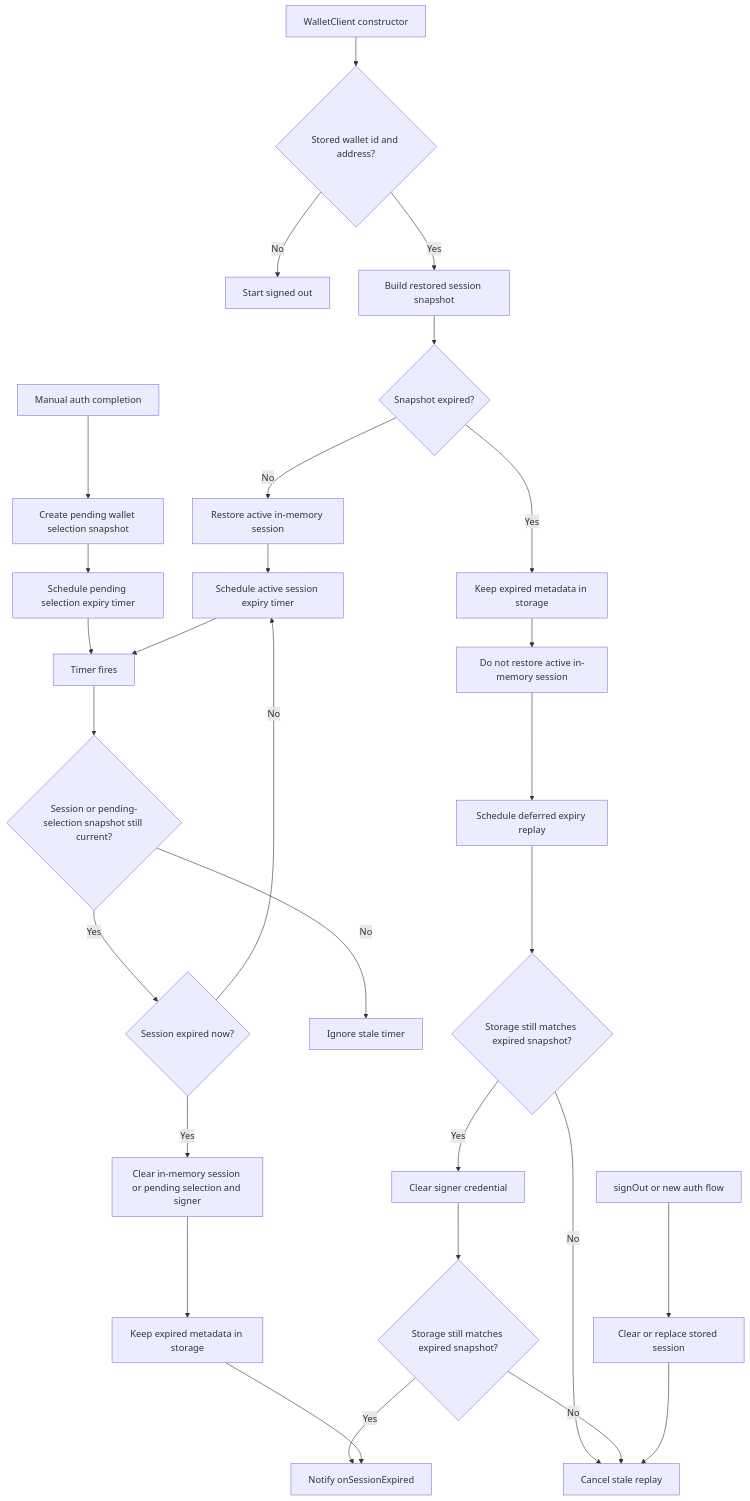
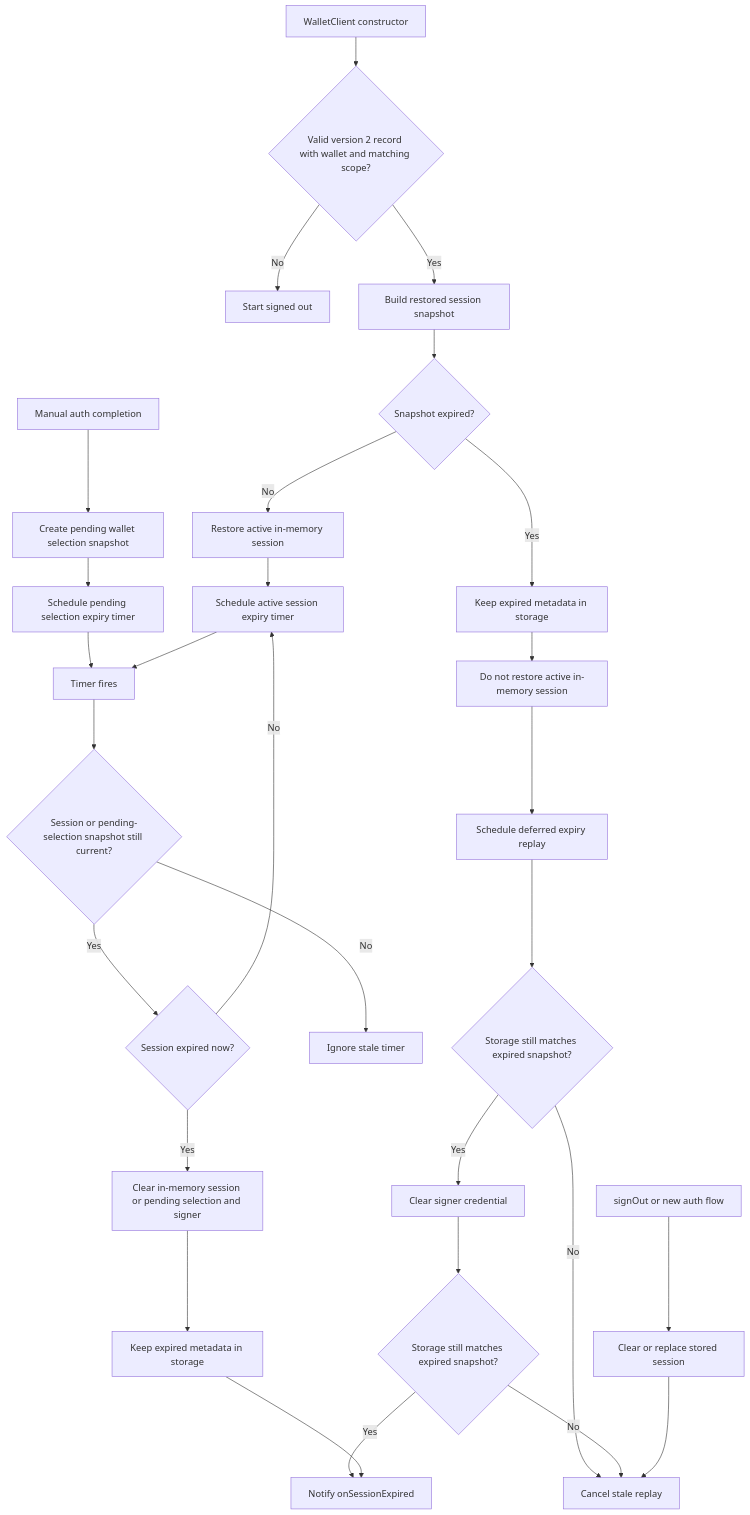
Before and after one commit to 0xPolygon/oms-wallet-typescript-sdk: the diagram in packages/oms-wallet/docs/session-expiry-flow.md, drawn with Mermaid. The commit also changed other lines of this file and 6 other files, not shown here.

````diff
--- a/packages/oms-wallet/docs/session-expiry-flow.md
+++ b/packages/oms-wallet/docs/session-expiry-flow.md
@@ -15,39 +16,39 @@
 ```mermaid
 flowchart TD
-  A["WalletClient constructor"] --> B{"Stored wallet id and address?"}
+  A["WalletClient constructor"] --> B{"Valid version 2 record with wallet and matching scope?"}
   B -- "No" --> C["Start signed out"]
 
   B -- "Yes" --> D["Build restored session snapshot"]
   D --> E{"Snapshot expired?"}
 
   E -- "No" --> F["Restore active in-memory session"]
   F --> G["Schedule active session expiry timer"]
 
   X["Manual auth completion"] --> Y["Create pending wallet selection snapshot"]
   Y --> Z["Schedule pending selection expiry timer"]
   Z --> P
 
   E -- "Yes" --> H["Keep expired metadata in storage"]
   H --> I["Do not restore active in-memory session"]
   I --> J["Schedule deferred expiry replay"]
 
   J --> K{"Storage still matches expired snapshot?"}
   K -- "No" --> L["Cancel stale replay"]
   K -- "Yes" --> M["Clear signer credential"]
 
   M --> N{"Storage still matches expired snapshot?"}
   N -- "No" --> L
   N -- "Yes" --> O["Notify onSessionExpired"]
 
   G --> P["Timer fires"]
   P --> Q{"Session or pending-selection snapshot still current?"}
   Q -- "No" --> R["Ignore stale timer"]
   Q -- "Yes" --> S{"Session expired now?"}
   S -- "No" --> G
   S -- "Yes" --> T["Clear in-memory session or pending selection and signer"]
   T --> U["Keep expired metadata in storage"]
   U --> O
 
   V["signOut or new auth flow"] --> W["Clear or replace stored session"]
   W --> L
 ```
````
